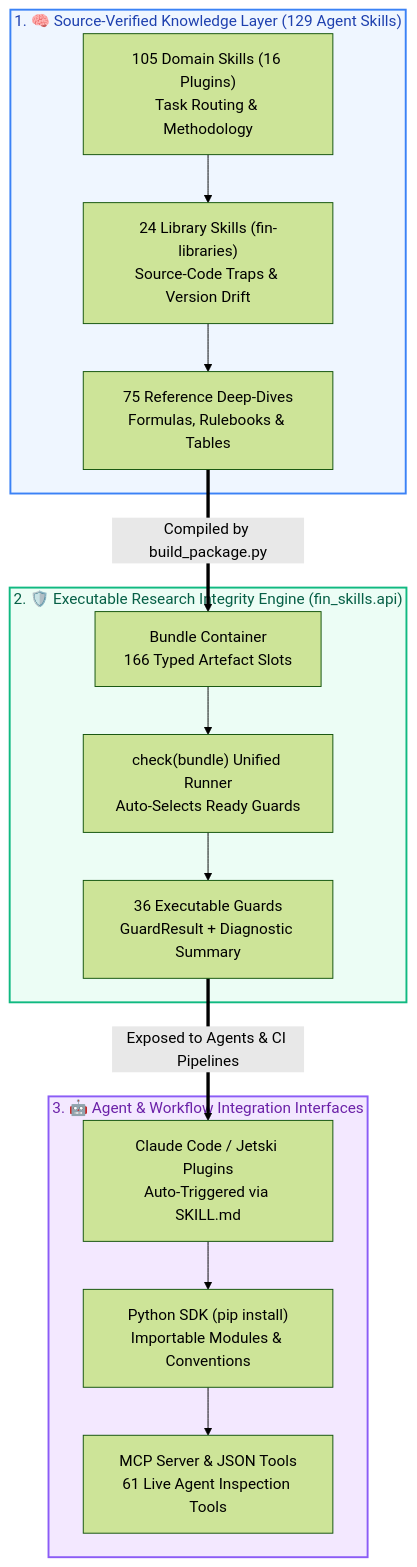
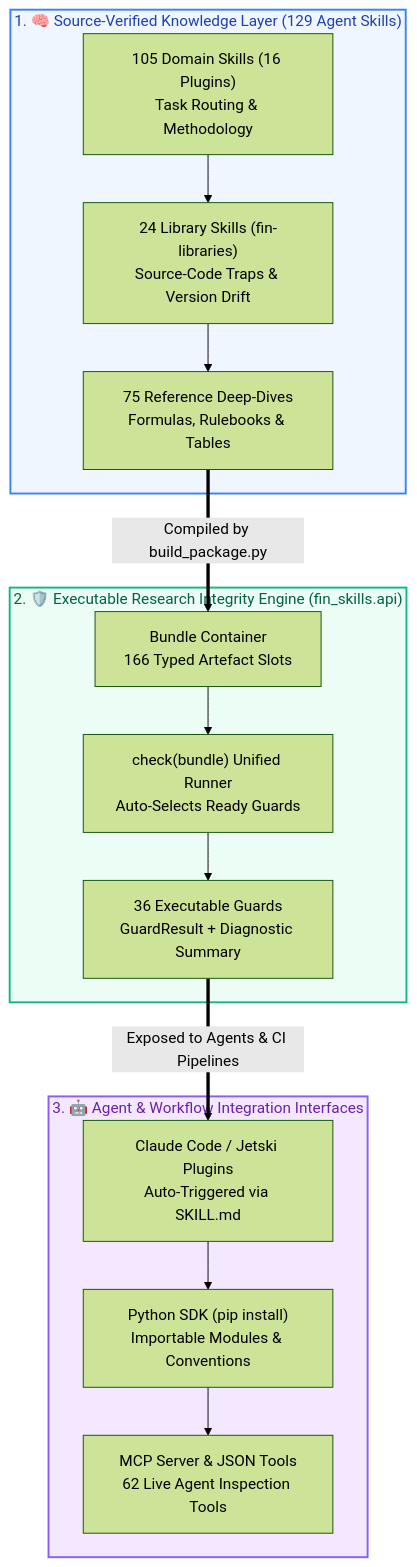
One commit to howard-lynn-ye/fin-skills changed the diagram in README.md. Above: the diagram before and after it, drawn with Mermaid (forest theme). The commit also changed other lines of this file and 27 other files, not shown here.

````diff
--- a/README.md
+++ b/README.md
@@ -76,21 +76,21 @@
 ```mermaid
 flowchart TD
     subgraph TIER1 ["1. 🧠 Source-Verified Knowledge Layer (129 Agent Skills)"]
         D1["105 Domain Skills (16 Plugins)<br/>Task Routing & Methodology"] --> D2["24 Library Skills (fin-libraries)<br/>Source-Code Traps & Version Drift"] --> D3["75 Reference Deep-Dives<br/>Formulas, Rulebooks & Tables"]
     end
 
     subgraph TIER2 ["2. 🛡️ Executable Research Integrity Engine (fin_skills.api)"]
         E1["Bundle Container<br/>166 Typed Artefact Slots"] --> E2["check(bundle) Unified Runner<br/>Auto-Selects Ready Guards"] --> E3["36 Executable Guards<br/>GuardResult + Diagnostic Summary"]
     end
 
     subgraph TIER3 ["3. 🤖 Agent & Workflow Integration Interfaces"]
-        I1["Claude Code / Jetski Plugins<br/>Auto-Triggered via SKILL.md"] --> I2["Python SDK (pip install)<br/>Importable Modules & Conventions"] --> I3["MCP Server & JSON Tools<br/>61 Live Agent Inspection Tools"]
+        I1["Claude Code / Jetski Plugins<br/>Auto-Triggered via SKILL.md"] --> I2["Python SDK (pip install)<br/>Importable Modules & Conventions"] --> I3["MCP Server & JSON Tools<br/>62 Live Agent Inspection Tools"]
     end
 
     D3 ==>|Compiled by build_package.py| E1
     E3 ==>|Exposed to Agents & CI Pipelines| I1
 
     style TIER1 fill:#eff6ff,stroke:#3b82f6,stroke-width:2px,color:#1e40af
     style TIER2 fill:#ecfdf5,stroke:#10b981,stroke-width:2px,color:#065f46
     style TIER3 fill:#f3e8ff,stroke:#8b5cf6,stroke-width:2px,color:#6b21a8
 ```
````
